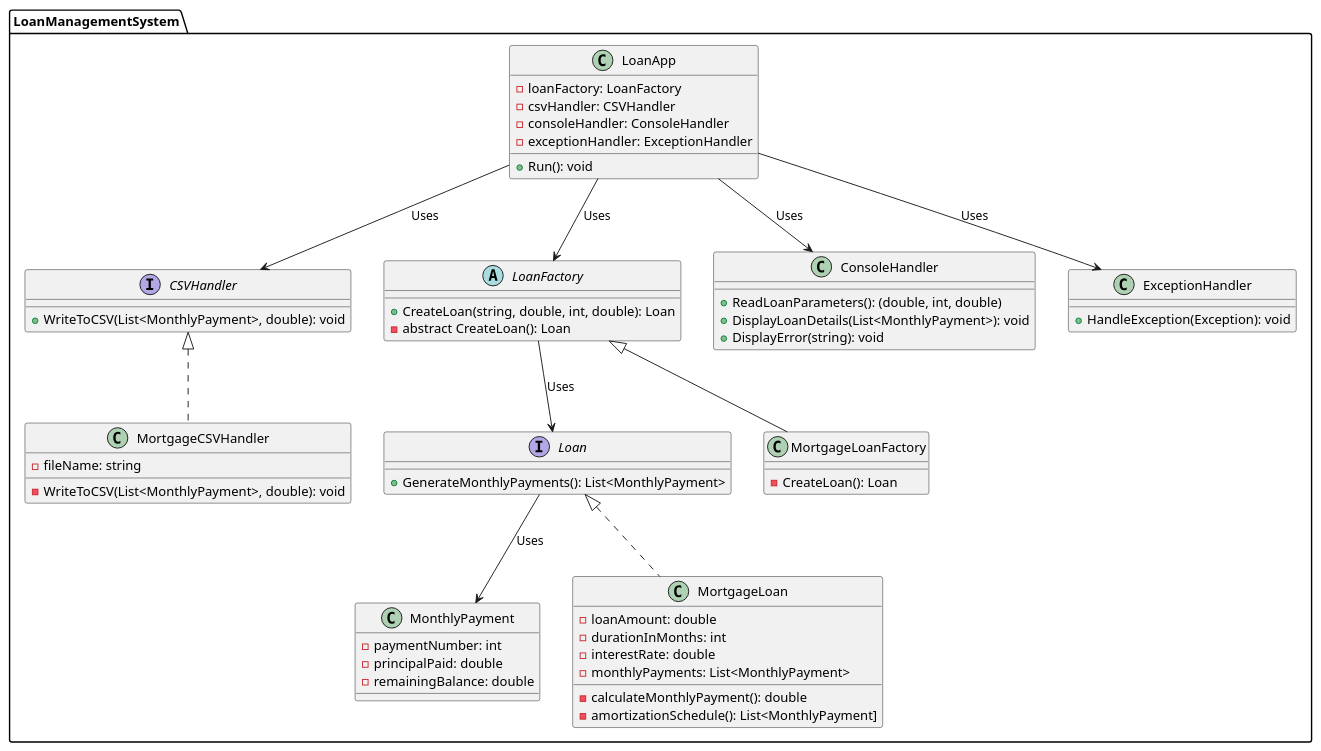
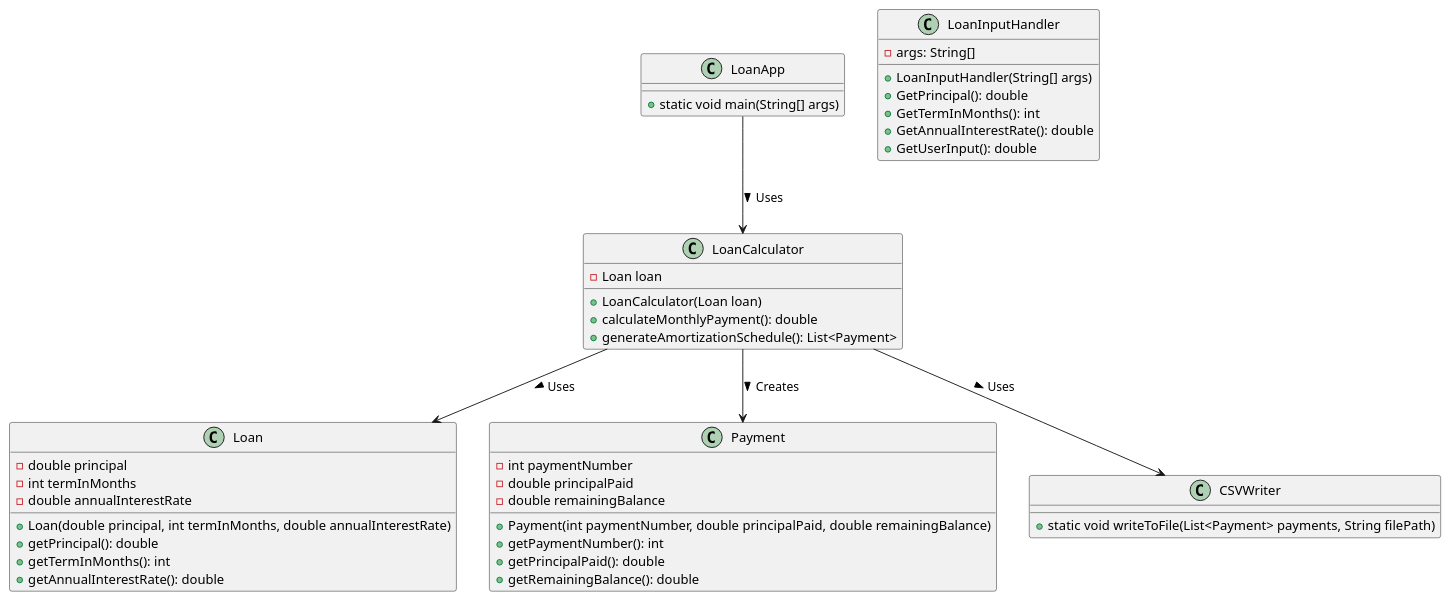
The diagram in 03-loan/diagrams/class-diagram.plantuml (jvondermarck/test-xunit), drawn with PlantUML before and after one commit.

Commit message:
refactor: update class diagram

```diff
--- a/03-loan/diagrams/class-diagram.plantuml
+++ b/03-loan/diagrams/class-diagram.plantuml
@@ -1,68 +1,52 @@
-@startuml LoanManagementSystem
+@startuml loan-management
 
-namespace LoanManagementSystem {
-
-    class MonthlyPayment {
-        - paymentNumber: int
-        - principalPaid: double
-        - remainingBalance: double
-    }
-
-    interface Loan {
-        + GenerateMonthlyPayments(): List<MonthlyPayment>
-    }
-
-    class MortgageLoan implements Loan {
-        - loanAmount: double
-        - durationInMonths: int
-        - interestRate: double
-        - monthlyPayments: List<MonthlyPayment>
-        - calculateMonthlyPayment(): double
-        - amortizationSchedule(): List<MonthlyPayment]
-    }
-
-    interface CSVHandler {
-        + WriteToCSV(List<MonthlyPayment>, double): void
-    }
-
-    class MortgageCSVHandler implements CSVHandler {
-        - fileName: string
-        - WriteToCSV(List<MonthlyPayment>, double): void
-    }
-
-    abstract class LoanFactory {
-        + CreateLoan(string, double, int, double): Loan
-        - abstract CreateLoan(): Loan
-    }
-
-    class MortgageLoanFactory extends LoanFactory {
-        - CreateLoan(): Loan
-    }
-
-    class ConsoleHandler {
-        + ReadLoanParameters(): (double, int, double)
-        + DisplayLoanDetails(List<MonthlyPayment>): void
-        + DisplayError(string): void
-    }
-
-    class ExceptionHandler {
-        + HandleException(Exception): void
-    }
-
-    class LoanApp {
-        - loanFactory: LoanFactory
-        - csvHandler: CSVHandler
-        - consoleHandler: ConsoleHandler
-        - exceptionHandler: ExceptionHandler
-        + Run(): void
-    }
-        
+class LoanApp {
+  +static void main(String[] args)
 }
 
-LoanApp --> LoanFactory : Uses
-Loan --> MonthlyPayment : Uses
-LoanFactory --> Loan : Uses
-LoanApp --> CSVHandler : Uses
-LoanApp --> ConsoleHandler : Uses
-LoanApp --> ExceptionHandler : Uses
+class LoanInputHandler {
+  -args: String[]
+  +LoanInputHandler(String[] args)
+  +GetPrincipal(): double
+  +GetTermInMonths(): int
+  +GetAnnualInterestRate(): double
+  +GetUserInput(): double
+}
+
+class LoanCalculator {
+  -Loan loan
+  +LoanCalculator(Loan loan)
+  +calculateMonthlyPayment(): double
+  +generateAmortizationSchedule(): List<Payment>
+}
+
+class Loan {
+  -double principal
+  -int termInMonths
+  -double annualInterestRate
+  +Loan(double principal, int termInMonths, double annualInterestRate)
+  +getPrincipal(): double
+  +getTermInMonths(): int
+  +getAnnualInterestRate(): double
+}
+
+class Payment {
+  -int paymentNumber
+  -double principalPaid
+  -double remainingBalance
+  +Payment(int paymentNumber, double principalPaid, double remainingBalance)
+  +getPaymentNumber(): int
+  +getPrincipalPaid(): double
+  +getRemainingBalance(): double
+}
+
+class CSVWriter {
+  +static void writeToFile(List<Payment> payments, String filePath)
+}
+
+LoanApp --> LoanCalculator : Uses >
+LoanCalculator --> Loan : Uses >
+LoanCalculator --> Payment : Creates >
+LoanCalculator --> CSVWriter : Uses >
+
 @enduml
```
